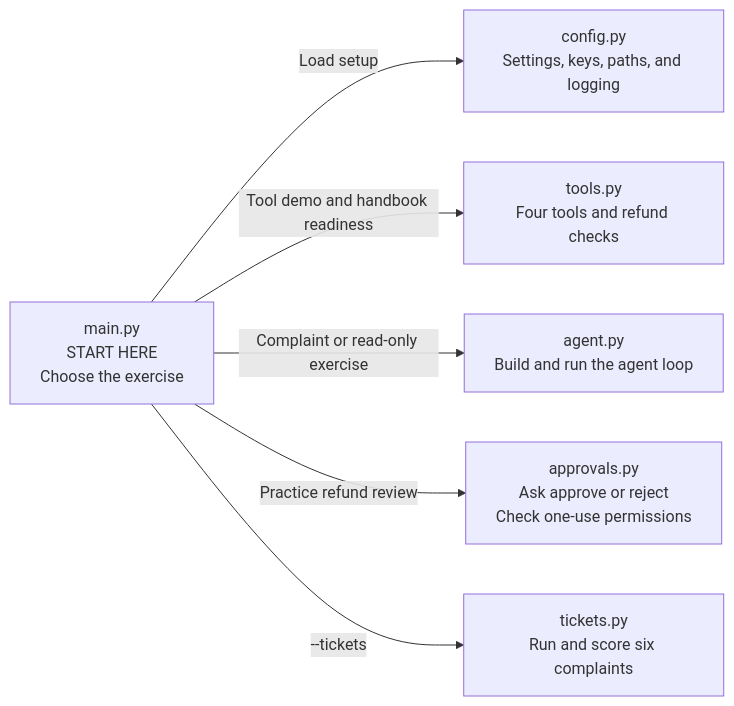
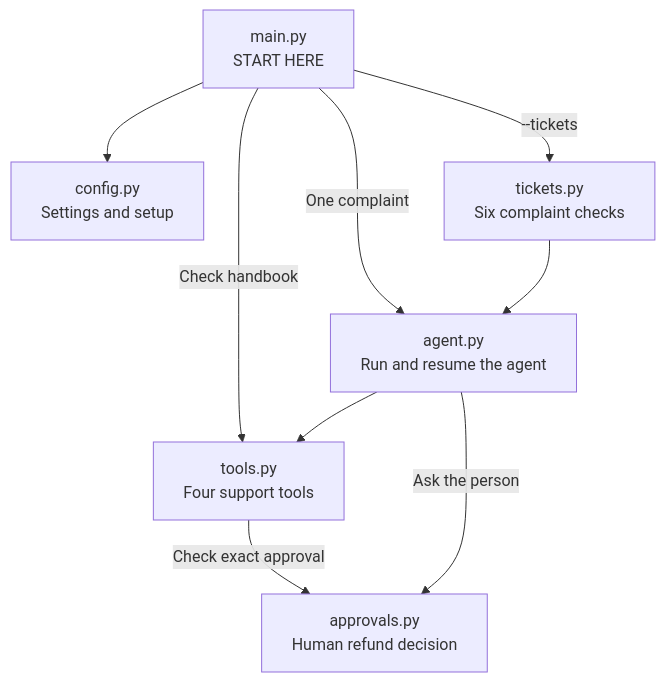
Before and after one commit to HruthikKommuru/CWRU-Fall-2026-Session-11: the diagram in README.md, drawn with Mermaid. The commit also changed other lines of this file and 5 other files, not shown here.

Commit message:
Keep only the final support agent workflow

````diff
--- a/README.md
+++ b/README.md
@@ -60,15 +79,18 @@
 ```mermaid
-flowchart LR
-    MAIN["main.py<br/>START HERE<br/>Choose the exercise"]
-    CONFIG["config.py<br/>Settings, keys, paths, and logging"]
-    TOOLS["tools.py<br/>Four tools and refund checks"]
-    AGENT["agent.py<br/>Build and run the agent loop"]
-    APPROVALS["approvals.py<br/>Ask approve or reject<br/>Check one-use permissions"]
-    TICKETS["tickets.py<br/>Run and score six complaints"]
+flowchart TD
+    MAIN["main.py<br/>START HERE"]
+    CONFIG["config.py<br/>Settings and setup"]
+    AGENT["agent.py<br/>Run and resume the agent"]
+    TOOLS["tools.py<br/>Four support tools"]
+    APPROVALS["approvals.py<br/>Human refund decision"]
+    TICKETS["tickets.py<br/>Six complaint checks"]
 
-    MAIN -->|"Load setup"| CONFIG
-    MAIN -->|"Tool demo and handbook readiness"| TOOLS
-    MAIN -->|"Complaint or read-only exercise"| AGENT
-    MAIN -->|"Practice refund review"| APPROVALS
+    MAIN --> CONFIG
+    MAIN -->|"Check handbook"| TOOLS
+    MAIN -->|"One complaint"| AGENT
     MAIN -->|"--tickets"| TICKETS
+    TICKETS --> AGENT
+    AGENT --> TOOLS
+    AGENT -->|"Ask the person"| APPROVALS
+    TOOLS -->|"Check exact approval"| APPROVALS
 ```
````
